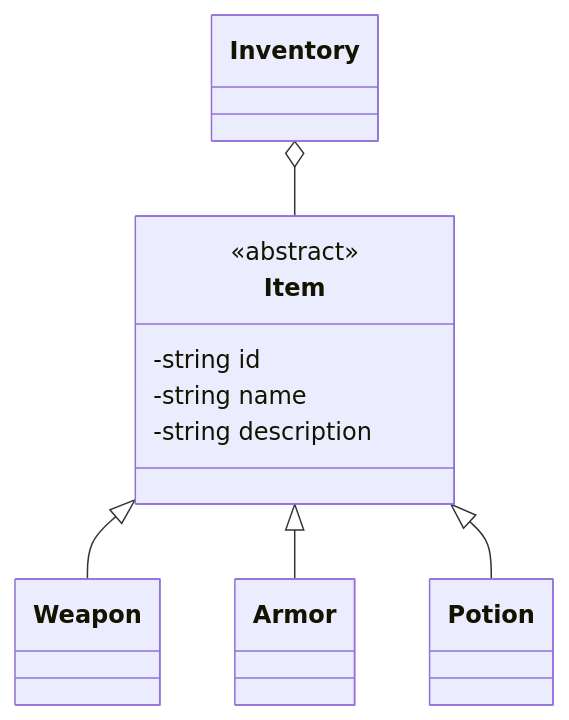
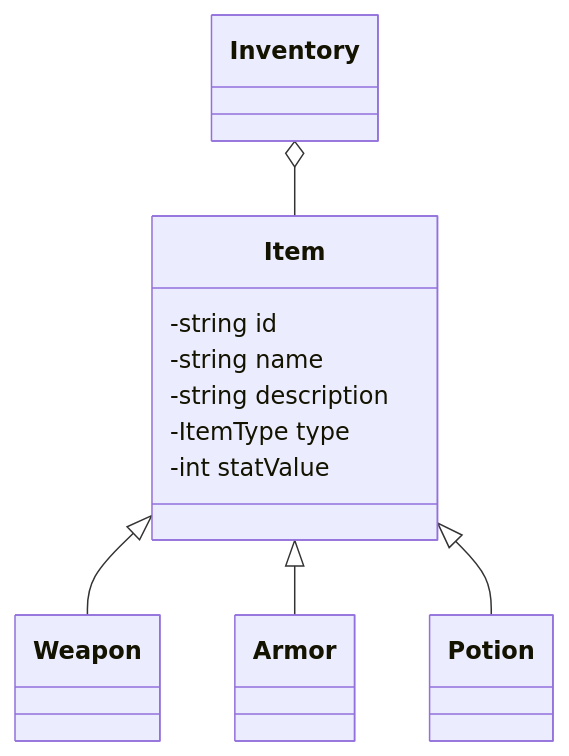
The sixth of 7 diagrams in PROJECT_SPEC.md (Leon-1411/rpg-engine), drawn with Mermaid before and after one commit. The commit also changed other lines of this file, not shown here.

Commit message:
docs: Cap nhat PROJECT_SPEC.md theo Eldoria_Full_Flowchart.xmind

````diff
--- a/PROJECT_SPEC.md
+++ b/PROJECT_SPEC.md
@@ -347,14 +368,15 @@
 ``` mermaid
 classDiagram
     class Item {
-        <<abstract>>
         -string id
         -string name
         -string description
+        -ItemType type
+        -int statValue
     }
 
     Item <|-- Weapon
     Item <|-- Armor
     Item <|-- Potion
     Inventory o-- Item
 ```
````
